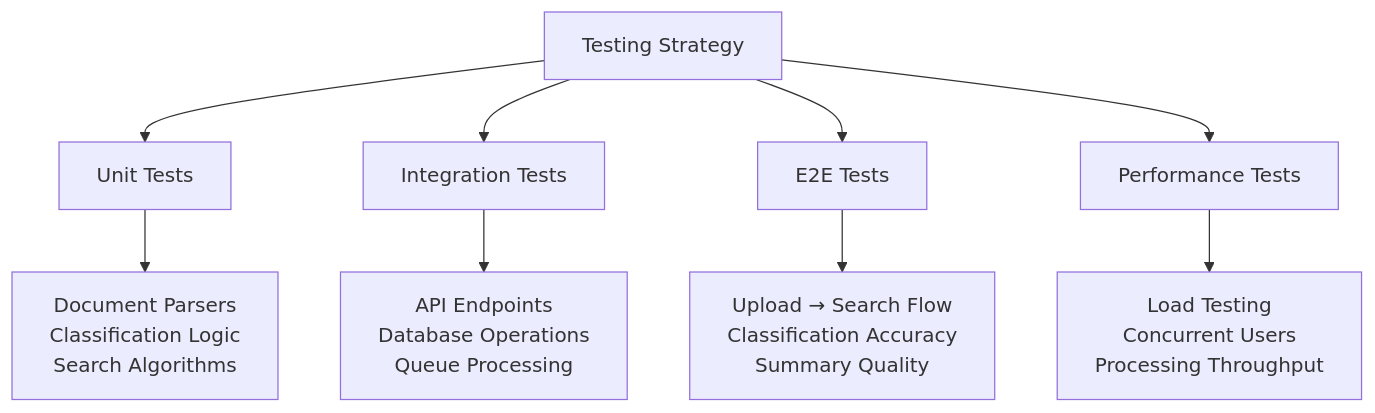
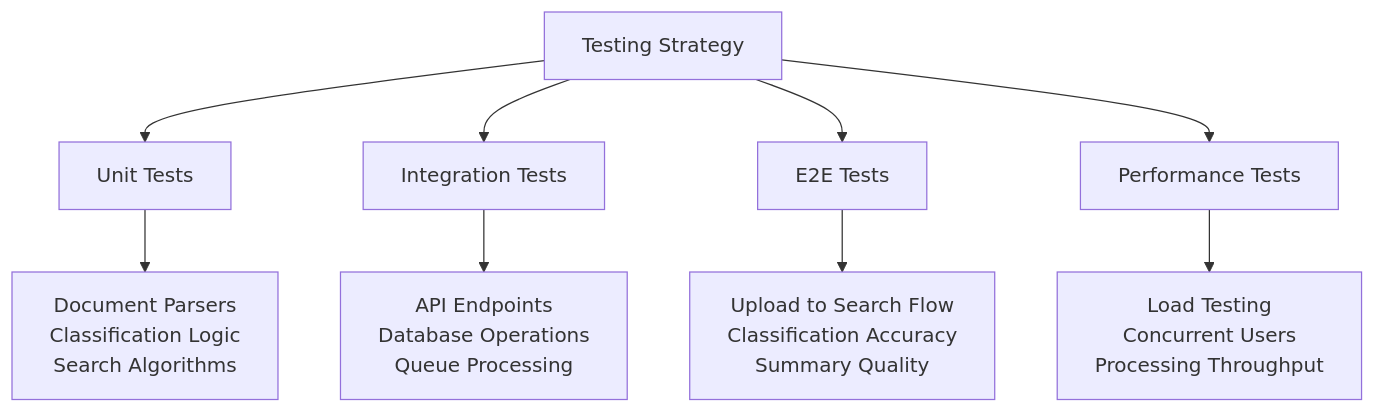
Before and after one commit to samjd-zz/g7-challenge: diagram 13 of 13 in ai-tdd-docs/intelligent-document-processor/design.md, drawn with Mermaid. The commit also changed other lines of this file and 2 other files, not shown here.

First line of the commit message:
Fix mermaid diagram syntax errors across all design documents

````diff
--- a/ai-tdd-docs/intelligent-document-processor/design.md
+++ b/ai-tdd-docs/intelligent-document-processor/design.md
@@ -875,15 +904,15 @@
 ```mermaid
 flowchart TD
     A[Testing Strategy] --> B[Unit Tests]
     A --> C[Integration Tests]
     A --> D[E2E Tests]
     A --> E[Performance Tests]
     
-    B --> F[Document Parsers<br/>Classification Logic<br/>Search Algorithms]
+    B --> F["Document Parsers<br/>Classification Logic<br/>Search Algorithms"]
     
-    C --> G[API Endpoints<br/>Database Operations<br/>Queue Processing]
+    C --> G["API Endpoints<br/>Database Operations<br/>Queue Processing"]
     
-    D --> H[Upload → Search Flow<br/>Classification Accuracy<br/>Summary Quality]
+    D --> H["Upload to Search Flow<br/>Classification Accuracy<br/>Summary Quality"]
     
-    E --> I[Load Testing<br/>Concurrent Users<br/>Processing Throughput]
+    E --> I["Load Testing<br/>Concurrent Users<br/>Processing Throughput"]
 ```
````
